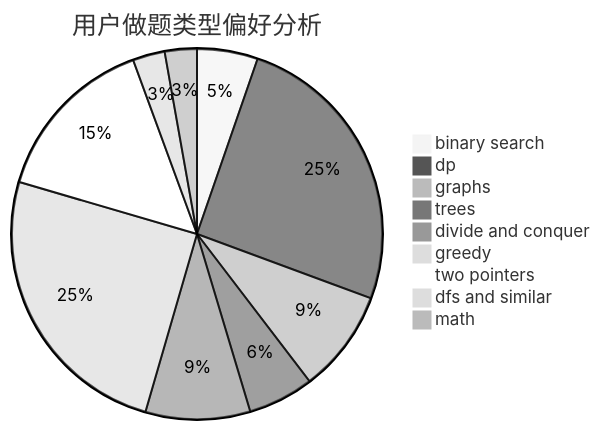
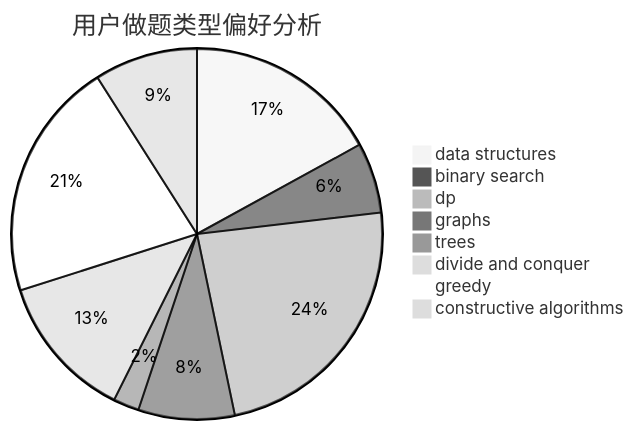
Before and after one commit to sherpahu/cfrs.github.io: the second of 3 diagrams in docs/user/u1590.md, drawn with Mermaid (neutral theme). The commit also changed other lines of this file and 2775 other files, not shown here.

````diff
--- a/docs/user/u1590.md
+++ b/docs/user/u1590.md
@@ -23,12 +23,11 @@
 ```mermaid
 pie title 用户做题类型偏好分析
-    "binary search" :  36
-    "dp" :  172
-    "graphs" :  61
-    "trees" :  39
+    "data structures" :  83
+    "binary search" :  30
+    "dp" :  115
+    "graphs" :  41
+    "trees" :  11
     "divide and conquer" :  62
-    "greedy" :  170
-    "two pointers" :  101
-    "dfs and similar" :  19
-    "math" :  19
+    "greedy" :  102
+    "constructive algorithms" :  44
 ```
````
